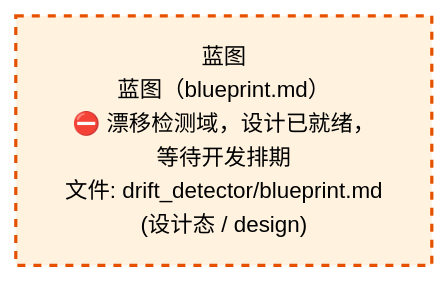
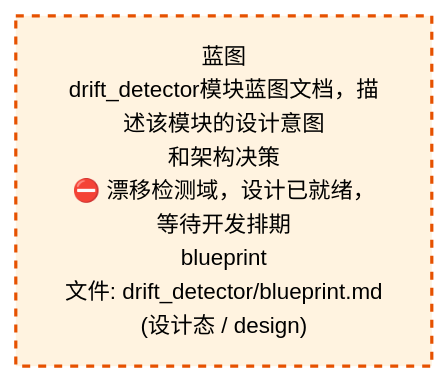
One commit to xuanFelixVan/ZephyrAlpha changed the third of 4 diagrams in docs/02_enterprise_architecture/02_domain_architecture_docs/52_d_gov_drift.md. Above: the diagram before and after it, drawn with Mermaid. The commit also changed other lines of this file and 62 other files, not shown here.

````diff
--- a/docs/02_enterprise_architecture/02_domain_architecture_docs/52_d_gov_drift.md
+++ b/docs/02_enterprise_architecture/02_domain_architecture_docs/52_d_gov_drift.md
@@ -457,10 +457,10 @@
 ```mermaid
 %%{init: {'theme': 'base', 'themeVariables': {'primaryColor': '#eaeaea', 'primaryTextColor': '#333333', 'primaryBorderColor': '#666666', 'lineColor': '#666666', 'secondaryColor': '#eaeaea', 'tertiaryColor': '#eaeaea', 'fontSize': '14px'}}}%%
 flowchart TD
-    docs_03_modules_domain_governance_drift_detector_blueprint_md["蓝图<br/>蓝图（blueprint.md）<br/>⛔ 漂移检测域，设计已就绪，等待开发排期<br/>文件: drift_detector/blueprint.md<br/>(设计态 / design)"]
+    docs_03_modules_domain_governance_drift_detector_blueprint_md["蓝图<br/>drift_detector模块蓝图文档，描述该模块的设计意图<br/>和架构决策<br/>⛔ 漂移检测域，设计已就绪，等待开发排期<br/>blueprint<br/>文件: drift_detector/blueprint.md<br/>(设计态 / design)"]
     classDef production fill:#e1f5fe,stroke:#01579b,stroke-width:2px,color:#000
     classDef design fill:#fff3e0,stroke:#e65100,stroke-width:2px,color:#000,stroke-dasharray: 5 5
     classDef external_prod fill:#e8f4fd,stroke:#0277bd,stroke-width:1px,color:#000
     classDef external_design fill:#fff8e7,stroke:#ef6c00,stroke-width:1px,color:#000,stroke-dasharray: 5 5
     class docs_03_modules_domain_governance_drift_detector_blueprint_md design
 ```
````
